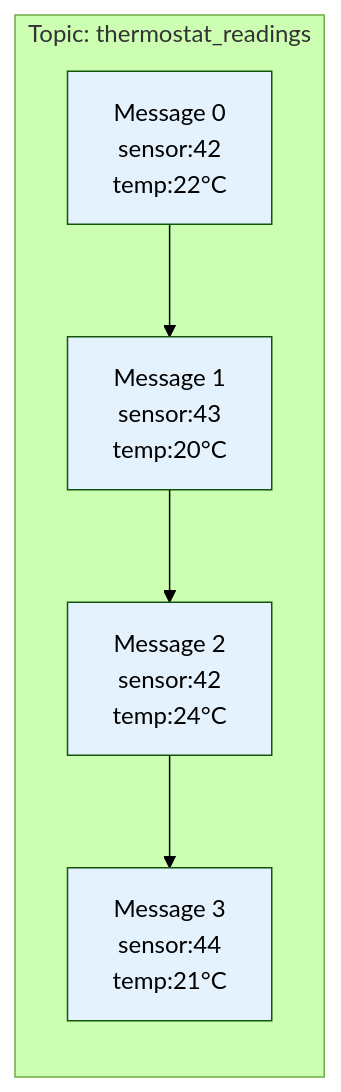
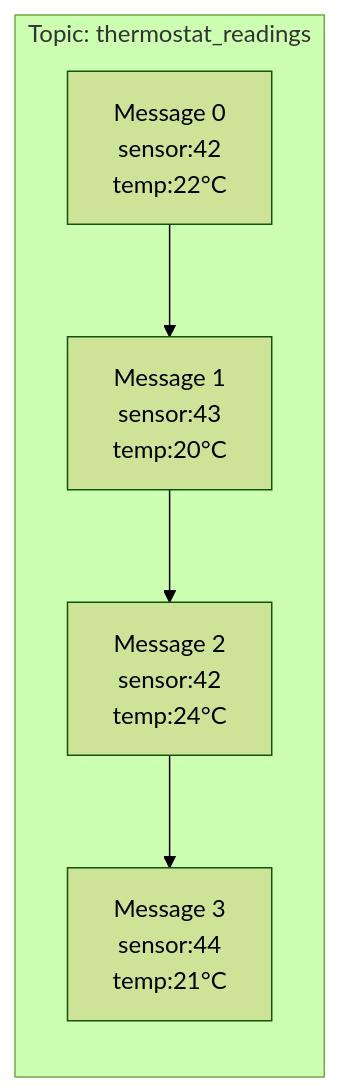
Before and after one commit to mombe090/techdocs: the third of 26 diagrams in docs/tutorials/kafka-getting-started.fr.md, drawn with Mermaid (forest theme). The commit also changed other lines of this file and 11 other files, not shown here.

First line of the commit message:
style: remove hardcoded Mermaid diagram colors for dark mode compatibility

````diff
--- a/docs/tutorials/kafka-getting-started.fr.md
+++ b/docs/tutorials/kafka-getting-started.fr.md
@@ -120,13 +116,9 @@
 ```mermaid
 graph LR
     subgraph "Topic: thermostat_readings"
     A[Message 0<br/>sensor:42<br/>temp:22°C] --> B[Message 1<br/>sensor:43<br/>temp:20°C]
     B --> C[Message 2<br/>sensor:42<br/>temp:24°C]
     C --> D[Message 3<br/>sensor:44<br/>temp:21°C]
     end
 
-    style A fill:#e3f2fd
-    style B fill:#e3f2fd
-    style C fill:#e3f2fd
-    style D fill:#e3f2fd
 ```
````
